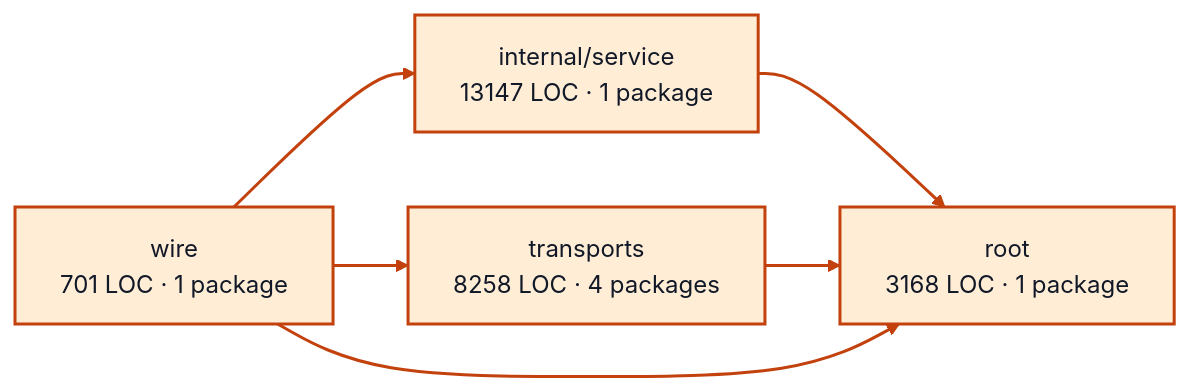
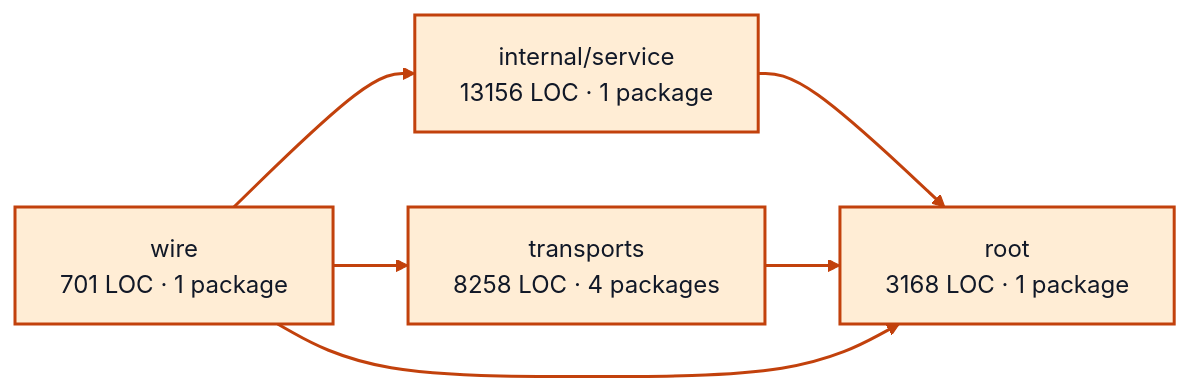
One commit to portpowered/you-agent-factory changed the diagram in docs/architecture/visualizations/services/worker_sessions.md. Above: the diagram before and after it, drawn with Mermaid. The commit also changed other lines of this file and 20 other files, not shown here.

Commit message:
docs: refresh backend architecture visualizations

````diff
--- a/docs/architecture/visualizations/services/worker_sessions.md
+++ b/docs/architecture/visualizations/services/worker_sessions.md
@@ -11,17 +11,17 @@
 ```mermaid
 flowchart LR
-  p0["internal/service<br/>13147 LOC · 1 package"]
+  p0["internal/service<br/>13156 LOC · 1 package"]
   p1["root<br/>3168 LOC · 1 package"]
   p2["transports<br/>8258 LOC · 4 packages"]
   p3["wire<br/>701 LOC · 1 package"]
   p0 --> p1
   p2 --> p1
   p3 --> p0
   p3 --> p1
   p3 --> p2
   style p0 fill:#ffedd5,stroke:#c2410c,stroke-width:2px,color:#111827
   style p1 fill:#ffedd5,stroke:#c2410c,stroke-width:2px,color:#111827
   style p2 fill:#ffedd5,stroke:#c2410c,stroke-width:2px,color:#111827
   style p3 fill:#ffedd5,stroke:#c2410c,stroke-width:2px,color:#111827
   linkStyle default stroke:#c2410c,stroke-width:2px
 ```
````
